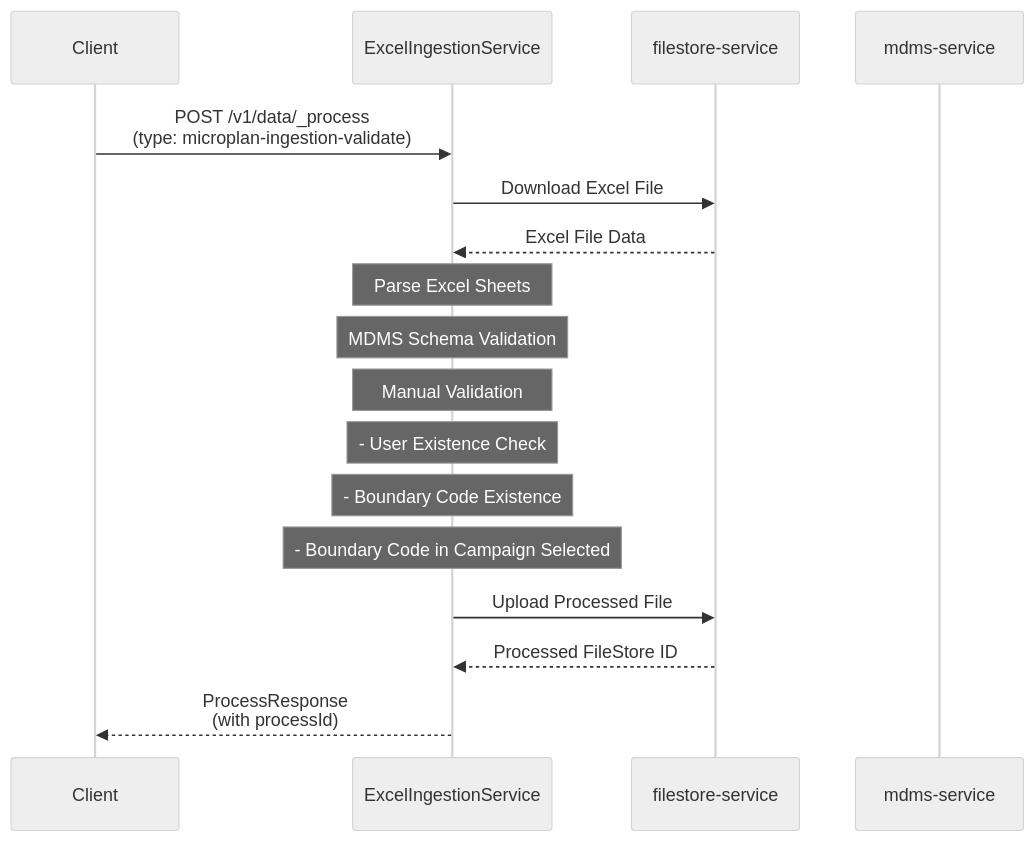
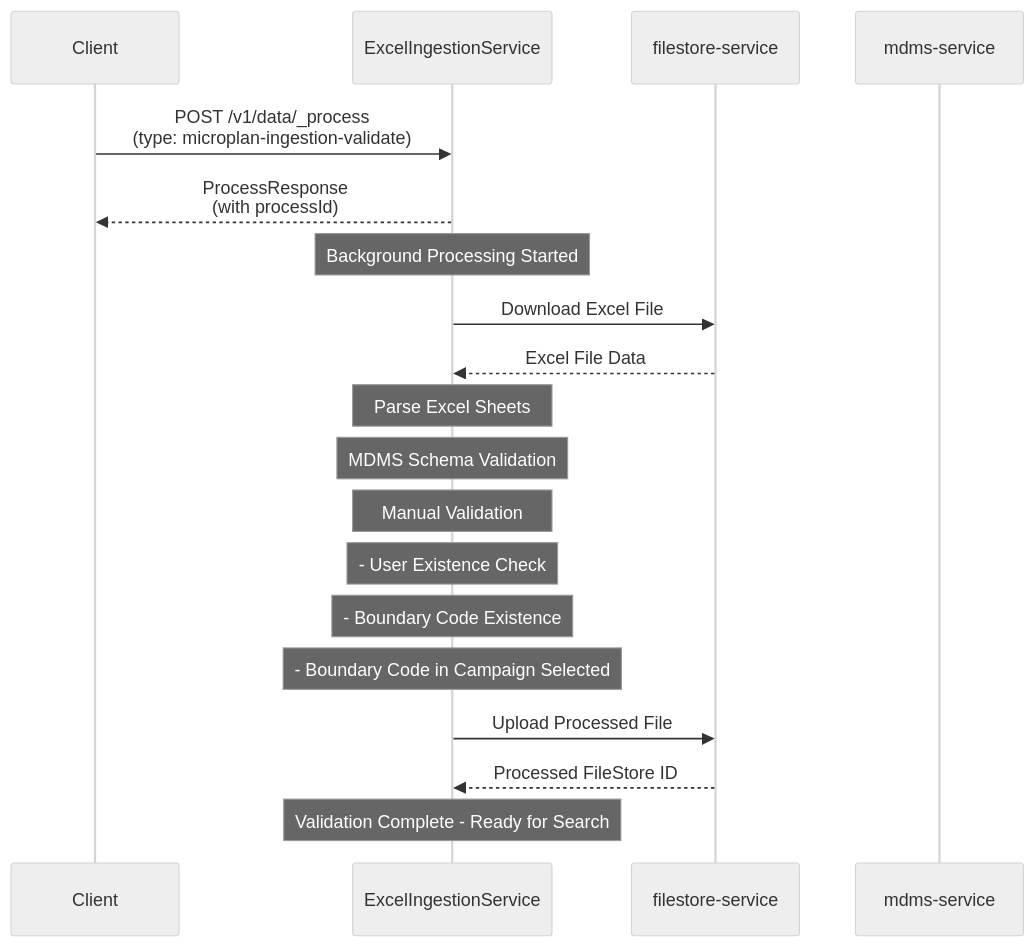
Before and after one commit to ashish-egov/campaign-whole-sheet-ingestion: the second of 3 diagrams in tempDesign.md, drawn with Mermaid (neutral theme). The commit also changed other lines of this file, not shown here.

````diff
--- a/tempDesign.md
+++ b/tempDesign.md
@@ -45,24 +49,28 @@
 ```mermaid
 sequenceDiagram
     participant Client
     participant ExcelIngestionService
     participant filestore-service
     participant mdms-service
     
     Client->>ExcelIngestionService: POST /v1/data/_process<br/>(type: microplan-ingestion-validate)
+    
+    ExcelIngestionService-->>Client: ProcessResponse<br/>(with processId)
+    
+    Note over ExcelIngestionService: Background Processing Started
     
     ExcelIngestionService->>filestore-service: Download Excel File
     filestore-service-->>ExcelIngestionService: Excel File Data
     
     Note over ExcelIngestionService: Parse Excel Sheets
     Note over ExcelIngestionService: MDMS Schema Validation
     Note over ExcelIngestionService: Manual Validation
     Note over ExcelIngestionService: - User Existence Check
     Note over ExcelIngestionService: - Boundary Code Existence
     Note over ExcelIngestionService: - Boundary Code in Campaign Selected
     
     ExcelIngestionService->>filestore-service: Upload Processed File
     filestore-service-->>ExcelIngestionService: Processed FileStore ID
     
-    ExcelIngestionService-->>Client: ProcessResponse<br/>(with processId)
+    Note over ExcelIngestionService: Validation Complete - Ready for Search
 ```
````
